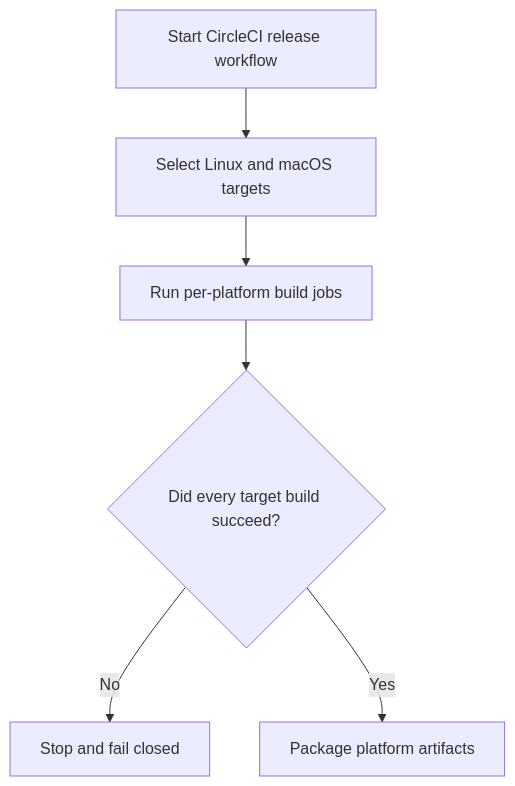
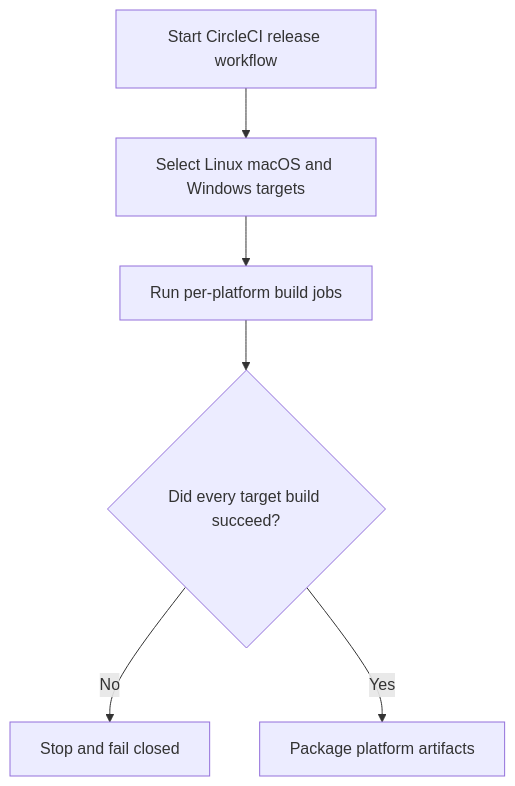
The first of 3 diagrams in flowcharts/cross-platform-build-distribution.md (vivekvedant/prune-guard), drawn with Mermaid before and after one commit. The commit also changed other lines of this file and 12 other files, not shown here.

````diff
--- a/flowcharts/cross-platform-build-distribution.md
+++ b/flowcharts/cross-platform-build-distribution.md
@@ -7,8 +7,8 @@
 ```mermaid
 flowchart TD
-    A[Start CircleCI release workflow] --> B[Select Linux and macOS targets]
+    A[Start CircleCI release workflow] --> B[Select Linux macOS and Windows targets]
     B --> C[Run per-platform build jobs]
     C --> D{Did every target build succeed?}
     D -- No --> E[Stop and fail closed]
     D -- Yes --> F[Package platform artifacts]
 ```
````
